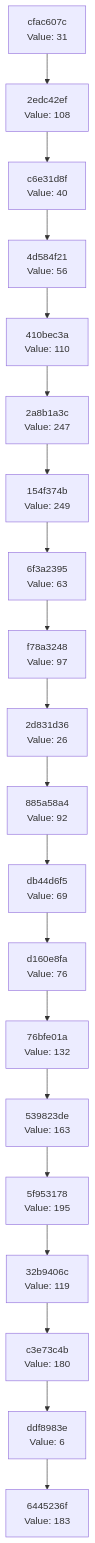
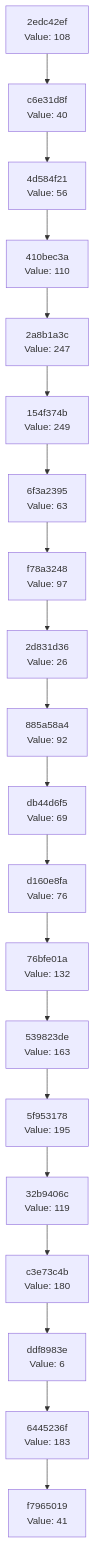
Before and after one commit to Abhisheksinha1506/hash-chain-evolver: the diagram in docs/CHAIN_VISUALIZATION.md, drawn with Mermaid. The commit also changed 2 other files, not shown here.

Commit message:
Evolution Step

````diff
--- a/docs/CHAIN_VISUALIZATION.md
+++ b/docs/CHAIN_VISUALIZATION.md
@@ -3,42 +3,42 @@
 ```mermaid
 graph TD
-    C0["6445236f<br/>Value: 183"]
-    C1["ddf8983e<br/>Value: 6"]
+    C0["f7965019<br/>Value: 41"]
+    C1["6445236f<br/>Value: 183"]
     C1 --> C0
-    C2["c3e73c4b<br/>Value: 180"]
+    C2["ddf8983e<br/>Value: 6"]
     C2 --> C1
-    C3["32b9406c<br/>Value: 119"]
+    C3["c3e73c4b<br/>Value: 180"]
     C3 --> C2
-    C4["5f953178<br/>Value: 195"]
+    C4["32b9406c<br/>Value: 119"]
     C4 --> C3
-    C5["539823de<br/>Value: 163"]
+    C5["5f953178<br/>Value: 195"]
     C5 --> C4
-    C6["76bfe01a<br/>Value: 132"]
+    C6["539823de<br/>Value: 163"]
     C6 --> C5
-    C7["d160e8fa<br/>Value: 76"]
+    C7["76bfe01a<br/>Value: 132"]
     C7 --> C6
-    C8["db44d6f5<br/>Value: 69"]
+    C8["d160e8fa<br/>Value: 76"]
     C8 --> C7
-    C9["885a58a4<br/>Value: 92"]
+    C9["db44d6f5<br/>Value: 69"]
     C9 --> C8
-    C10["2d831d36<br/>Value: 26"]
+    C10["885a58a4<br/>Value: 92"]
     C10 --> C9
-    C11["f78a3248<br/>Value: 97"]
+    C11["2d831d36<br/>Value: 26"]
     C11 --> C10
-    C12["6f3a2395<br/>Value: 63"]
+    C12["f78a3248<br/>Value: 97"]
     C12 --> C11
-    C13["154f374b<br/>Value: 249"]
+    C13["6f3a2395<br/>Value: 63"]
     C13 --> C12
-    C14["2a8b1a3c<br/>Value: 247"]
+    C14["154f374b<br/>Value: 249"]
     C14 --> C13
-    C15["410bec3a<br/>Value: 110"]
+    C15["2a8b1a3c<br/>Value: 247"]
     C15 --> C14
-    C16["4d584f21<br/>Value: 56"]
+    C16["410bec3a<br/>Value: 110"]
     C16 --> C15
-    C17["c6e31d8f<br/>Value: 40"]
+    C17["4d584f21<br/>Value: 56"]
     C17 --> C16
-    C18["2edc42ef<br/>Value: 108"]
+    C18["c6e31d8f<br/>Value: 40"]
     C18 --> C17
-    C19["cfac607c<br/>Value: 31"]
+    C19["2edc42ef<br/>Value: 108"]
     C19 --> C18
 ```
````
